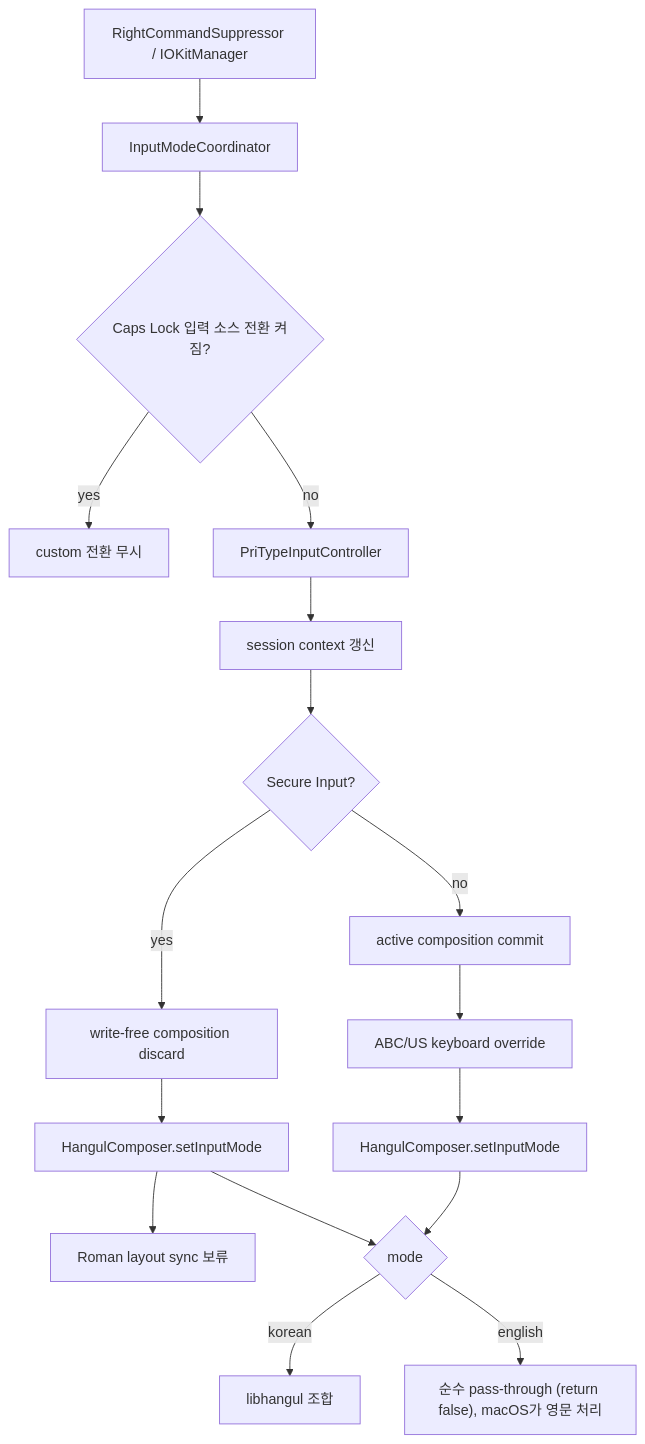
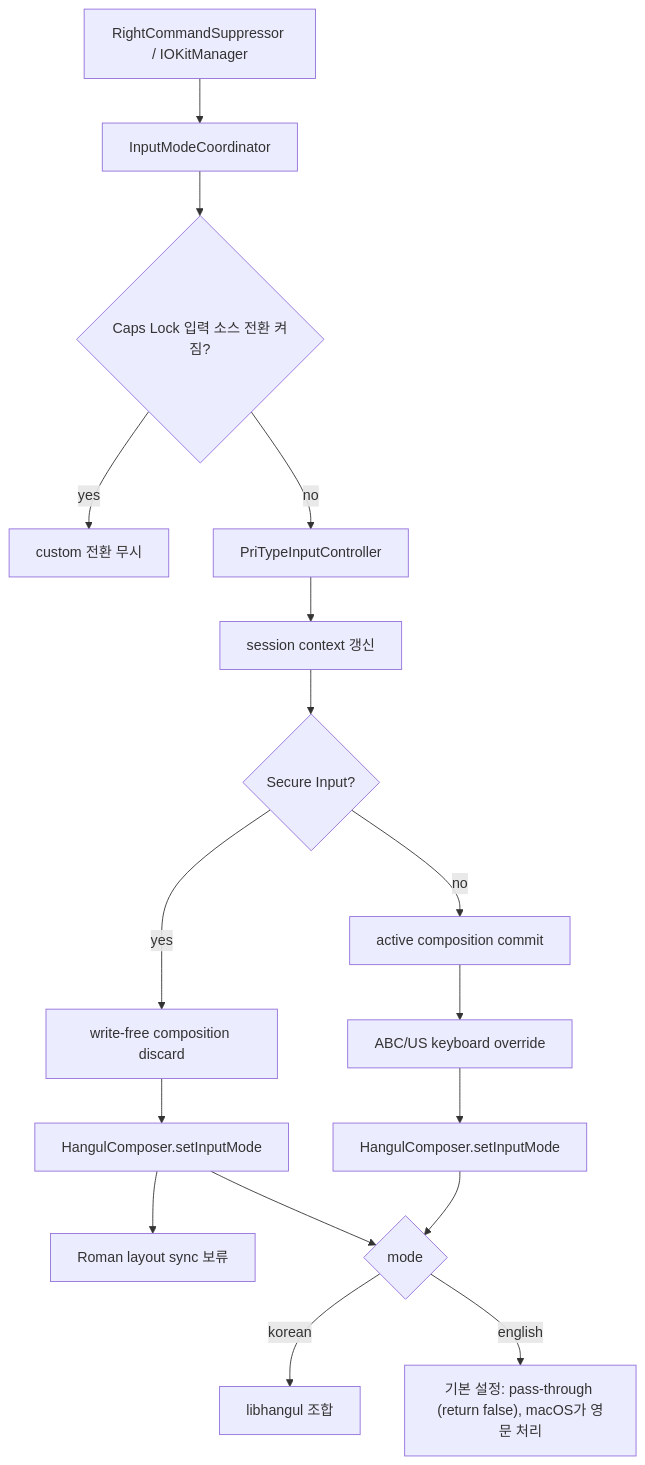
Before and after one commit to thlim-cube/Hangyeol: the diagram in ARCHITECTURE.md, drawn with Mermaid. The commit also changed other lines of this file and 5 other files, not shown here.

````diff
--- a/ARCHITECTURE.md
+++ b/ARCHITECTURE.md
@@ -97,19 +101,19 @@
 ```mermaid
 flowchart TD
     A["RightCommandSuppressor / IOKitManager"] --> B["InputModeCoordinator"]
     B --> C{"Caps Lock 입력 소스 전환 켜짐?"}
     C -->|"yes"| D["custom 전환 무시"]
     C -->|"no"| E["PriTypeInputController"]
     E --> L["session context 갱신"]
     L --> M{"Secure Input?"}
     M -->|"no"| F["active composition commit"]
     F --> G["ABC/US keyboard override"]
     G --> H["HangulComposer.setInputMode"]
     M -->|"yes"| N["write-free composition discard"]
     N --> O["HangulComposer.setInputMode"]
     O --> P["Roman layout sync 보류"]
     O --> I
     H --> I{"mode"}
     I -->|"korean"| J["libhangul 조합"]
-    I -->|"english"| K["순수 pass-through (return false), macOS가 영문 처리"]
+    I -->|"english"| K["기본 설정: pass-through (return false), macOS가 영문 처리"]
 ```
````
